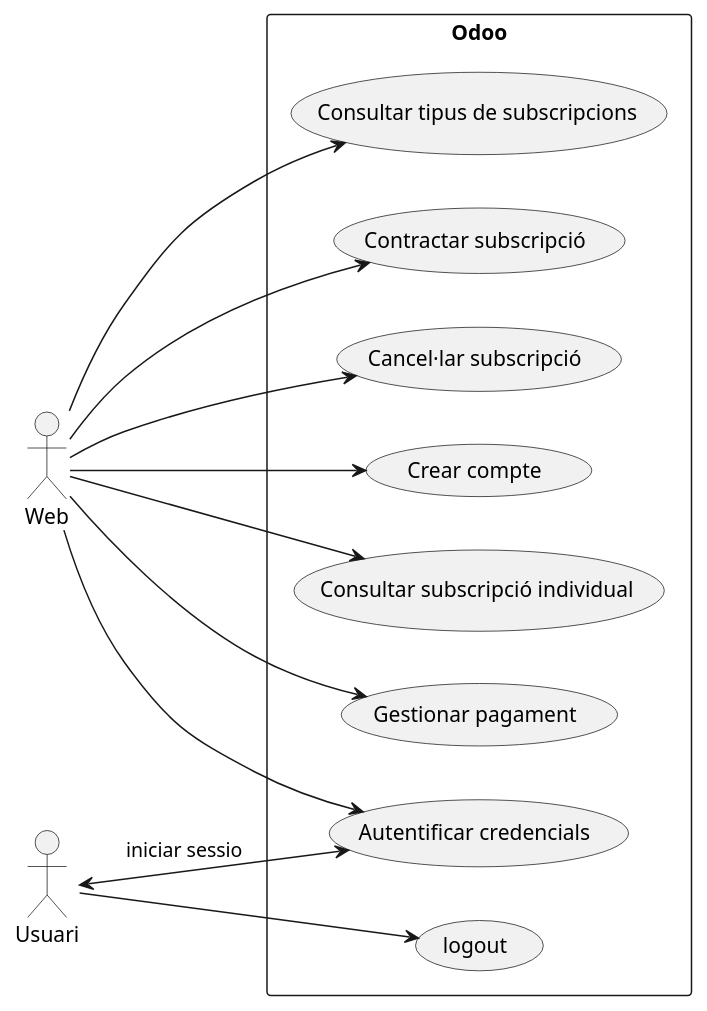
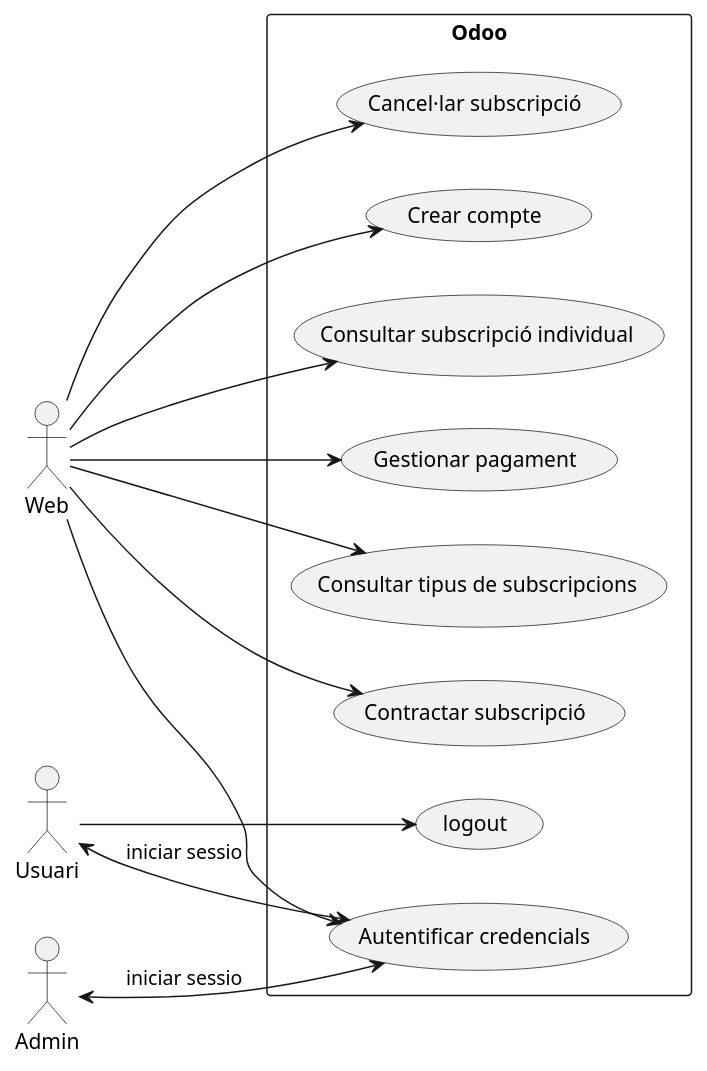
Before and after one commit to Toxolo/ProyecteIntermodular: the diagram in doc/odoo_diagrama.md, drawn with PlantUML. The commit also changed 5 other files, not shown here.

````diff
--- a/doc/odoo_diagrama.md
+++ b/doc/odoo_diagrama.md
@@ -3,31 +3,32 @@
 ```uml
 @startuml
 left to right direction
 
 actor "Web" as WEB
 rectangle "Odoo" {
 
   usecase "Crear compte" as UC1
   usecase "Autentificar credencials" as UC2
   usecase "Consultar subscripció individual" as UC3
   usecase "Gestionar pagament" as UC4
   usecase "Consultar tipus de subscripcions" as UC5
   usecase "Contractar subscripció" as UC6
   usecase "Cancel·lar subscripció" as UC7
   usecase "logout" as UC8
 
 }
 
 WEB --> UC1
 WEB --> UC2
 WEB --> UC3
 WEB --> UC4
 WEB --> UC5
 WEB --> UC6
 WEB --> UC7
 UC2 <--> Usuari : iniciar sessio
 Usuari --> UC8
+Admin <--> UC2 : iniciar sessio
 
 
 @enduml 
 ```
````
